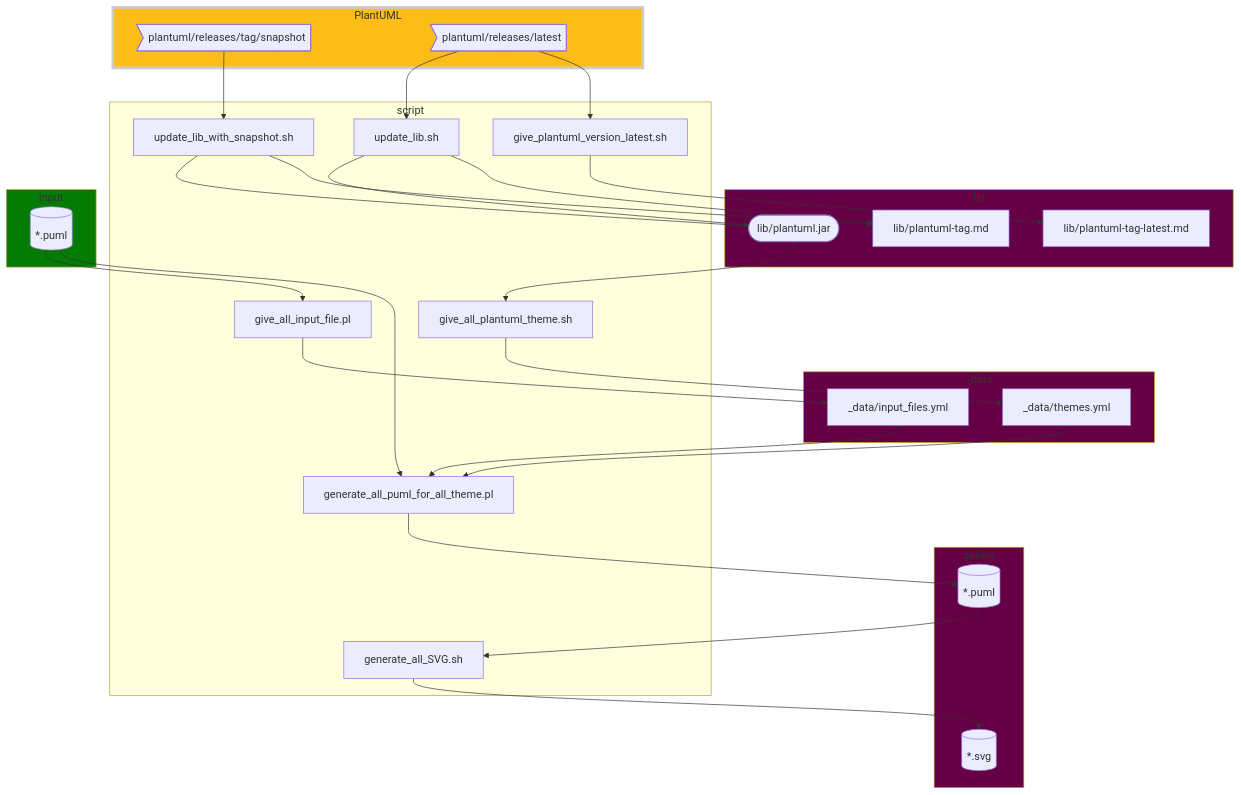
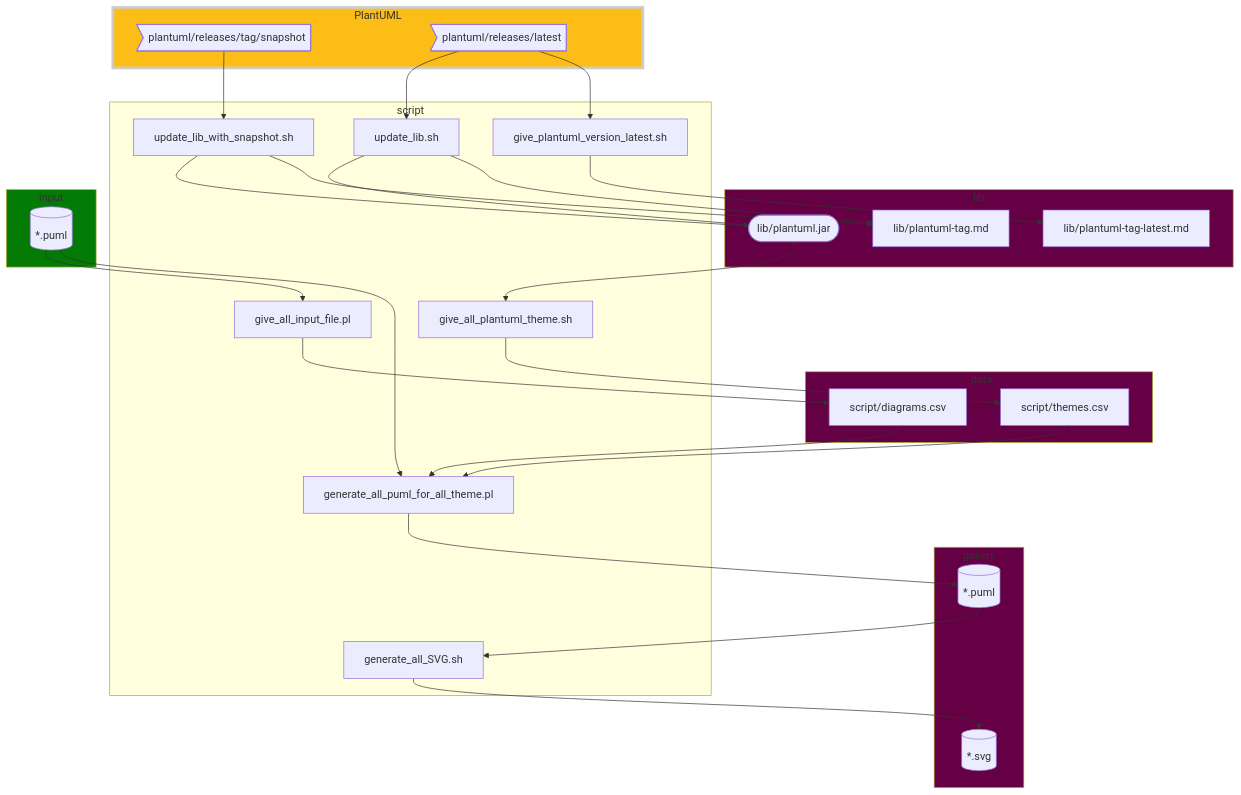
One commit to The-Lum/puml-themes-gallery changed the first of 2 diagrams in script/readme.md. Above: the diagram before and after it, drawn with Mermaid. The commit also changed other lines of this file and 3158 other files, not shown here.

First line of the commit message:
Overview pages for themes and diagrams (#4)

````diff
--- a/script/readme.md
+++ b/script/readme.md
@@ -3,58 +3,58 @@
 ```mermaid
 flowchart TD
 
 subgraph lib
 b([lib/plantuml.jar])
 vl[lib/plantuml-tag-latest.md]
 v[lib/plantuml-tag.md]
 end
 
 subgraph _data
-at[_data/themes.yml]
-if[_data/input_files.yml]
+at[script/themes.csv]
+if[script/diagrams.csv]
 end
 
 subgraph gallery
 puml[(*.puml)]
 svg[(*.svg)]
 end
 
 
 subgraph script
 A[update_lib_with_snapshot.sh]
 B[update_lib.sh]
 VL[give_plantuml_version_latest.sh]
 AllTheme[give_all_plantuml_theme.sh]
 giveInput[give_all_input_file.pl]
 genPUML[generate_all_puml_for_all_theme.pl]
 genSVG[generate_all_SVG.sh]
 end
 
 subgraph input
 i[(*.puml)]
 end
 
 
 subgraph PlantUML
 s>plantuml/releases/tag/snapshot]
 r>plantuml/releases/latest]
 end
 style PlantUML fill:#fbbd16,stroke:#ccc,stroke-width:4px
 
 s --> A --> b
 r --> B --> b
 
 r --> VL --> vl
 A & B --> v
 
 b --> AllTheme --> at
 i --> giveInput --> if
 
 puml --> genSVG --> svg
 at & i & if --> genPUML --> puml
 
 style input fill:#047b04
 style lib fill:#660044
 style _data fill:#660044
 style gallery fill:#660044
 ```
````
